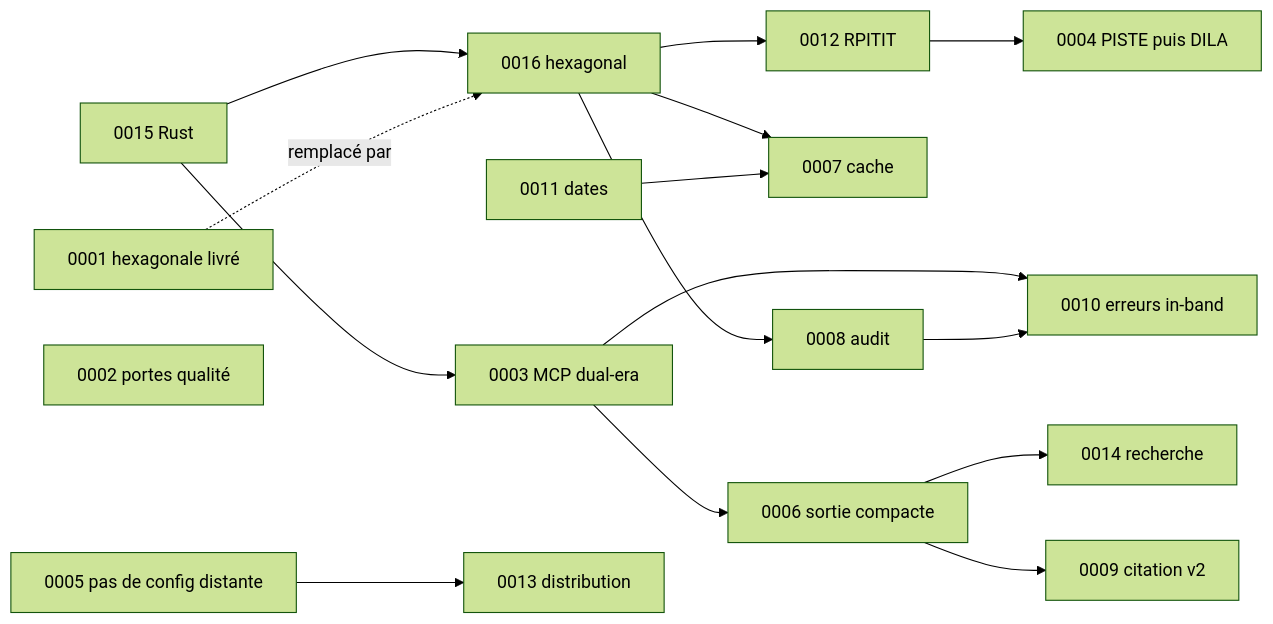
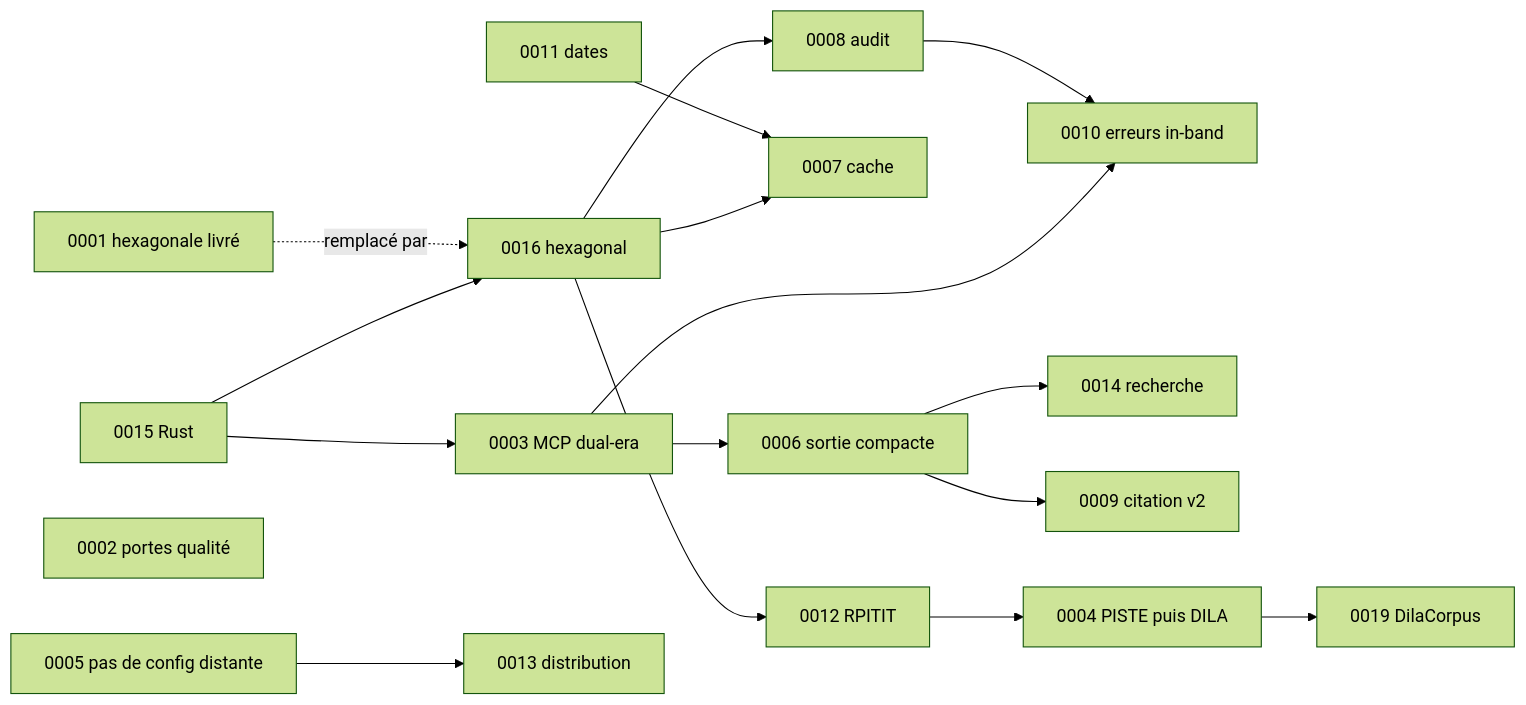
One commit to muchiny/mcp-legifrance changed the second of 2 diagrams in docs/adr/README.md. Above: the diagram before and after it, drawn with Mermaid (forest theme). The commit also changed other lines of this file and 16 other files, not shown here.

````diff
--- a/docs/adr/README.md
+++ b/docs/adr/README.md
@@ -134,18 +136,19 @@
 ```mermaid
 graph LR
     A15[0015 Rust] --> A16[0016 hexagonal]
     A01[0001 hexagonale livré] -. remplacé par .-> A16
     A02[0002 portes qualité]
     A16 --> A12[0012 RPITIT]
     A16 --> A7[0007 cache]
     A16 --> A8[0008 audit]
     A15 --> A3[0003 MCP dual-era]
     A3 --> A6[0006 sortie compacte]
     A3 --> A10[0010 erreurs in-band]
     A6 --> A14[0014 recherche]
     A6 --> A9[0009 citation v2]
     A12 --> A4[0004 PISTE puis DILA]
+    A4 --> A19[0019 DilaCorpus]
     A11[0011 dates] --> A7
     A5[0005 pas de config distante] --> A13[0013 distribution]
     A8 --> A10
 ```
````
